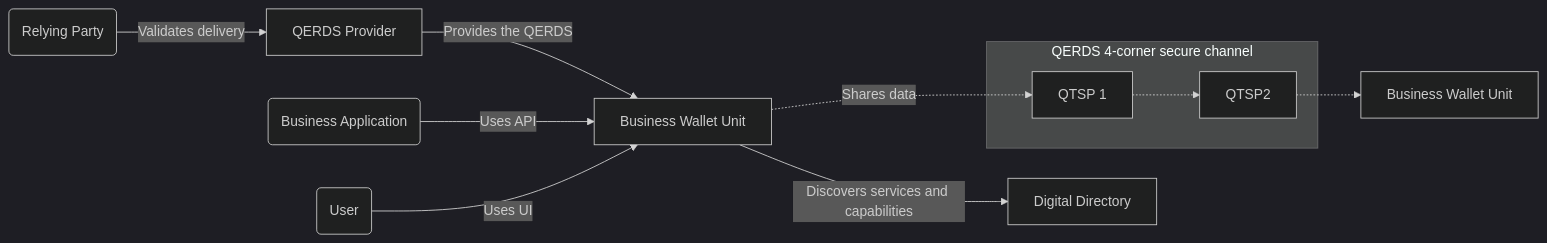
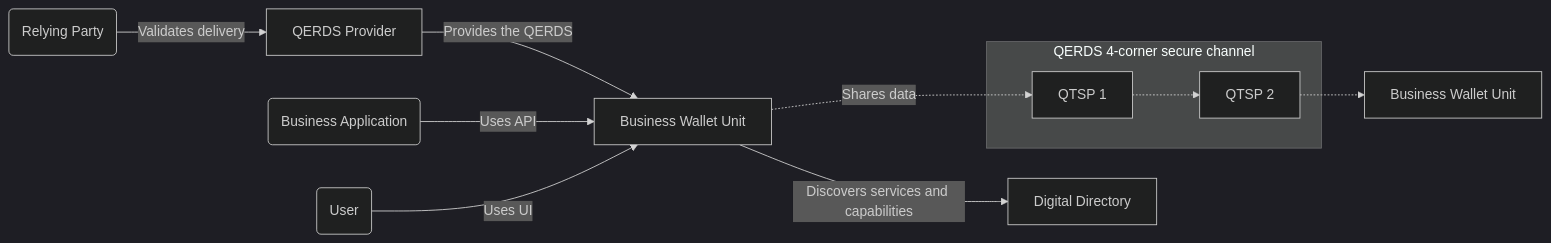
Before and after one commit to decentralised-dataexchange/wp4-architecture: the second of 3 diagrams in blueprint/appendix-ebw-definition.md, drawn with Mermaid (dark theme). The commit also changed other lines of this file, not shown here.

`````diff
--- a/blueprint/appendix-ebw-definition.md
+++ b/blueprint/appendix-ebw-definition.md
@@ -99,13 +104,13 @@
 ````mermaid
 flowchart LR
     RP(Relying Party) -->|Validates delivery|QP[QERDS Provider]
     QP -->|Provides the QERDS|BWU[Business Wallet Unit]
     BA(Business Application) -->|Uses API|BWU
     U(User) -->|Uses UI|BWU
     BWU -->|Discovers services and capabilities|DD[Digital Directory]
     BWU -.->|Shares data|Q1
     subgraph QERDS 4-corner secure channel
-        Q1[QTSP 1] -.-> Q2[QTSP2]
+        Q1[QTSP 1] -.-> Q2[QTSP 2]
     end
     Q2 -.-> BWU2[Business Wallet Unit]
 ````
`````
